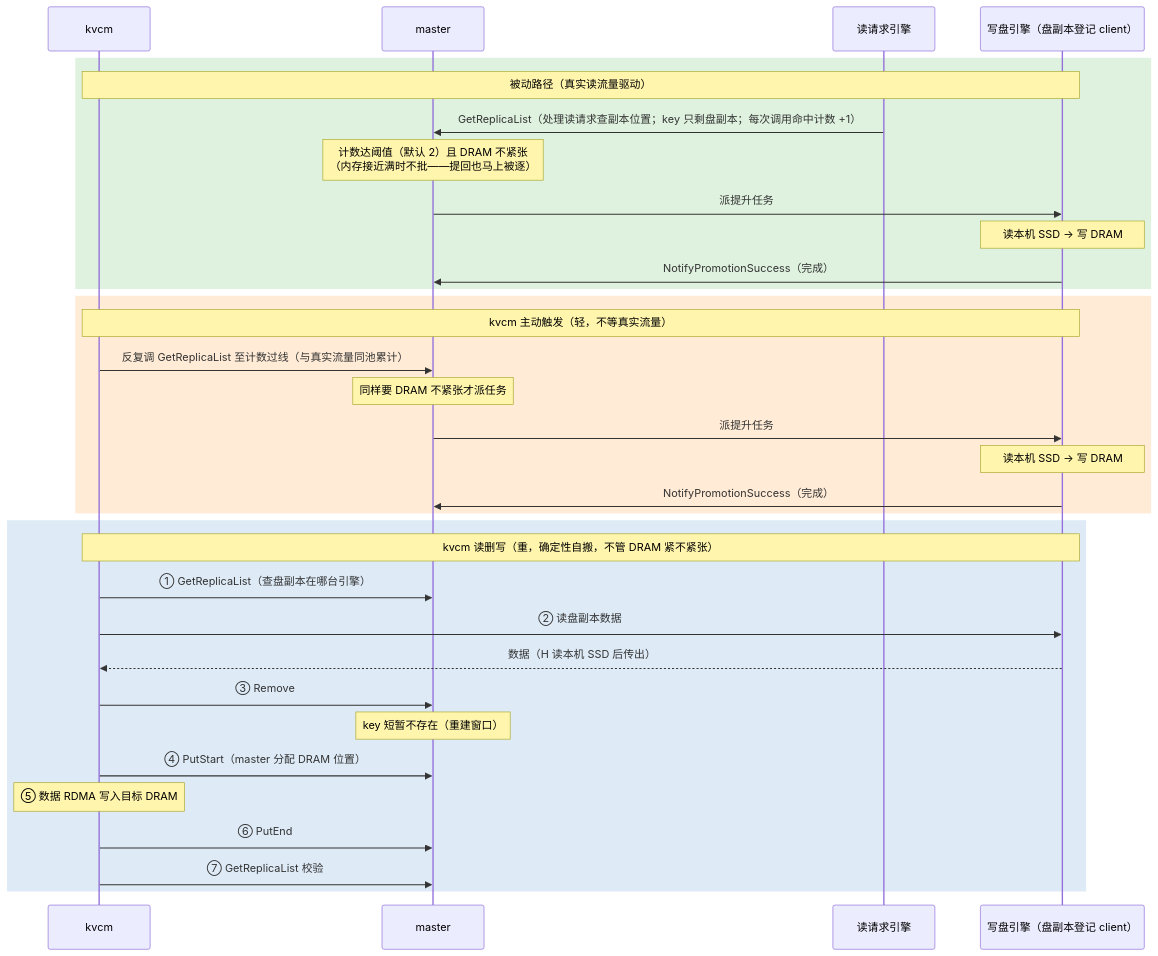
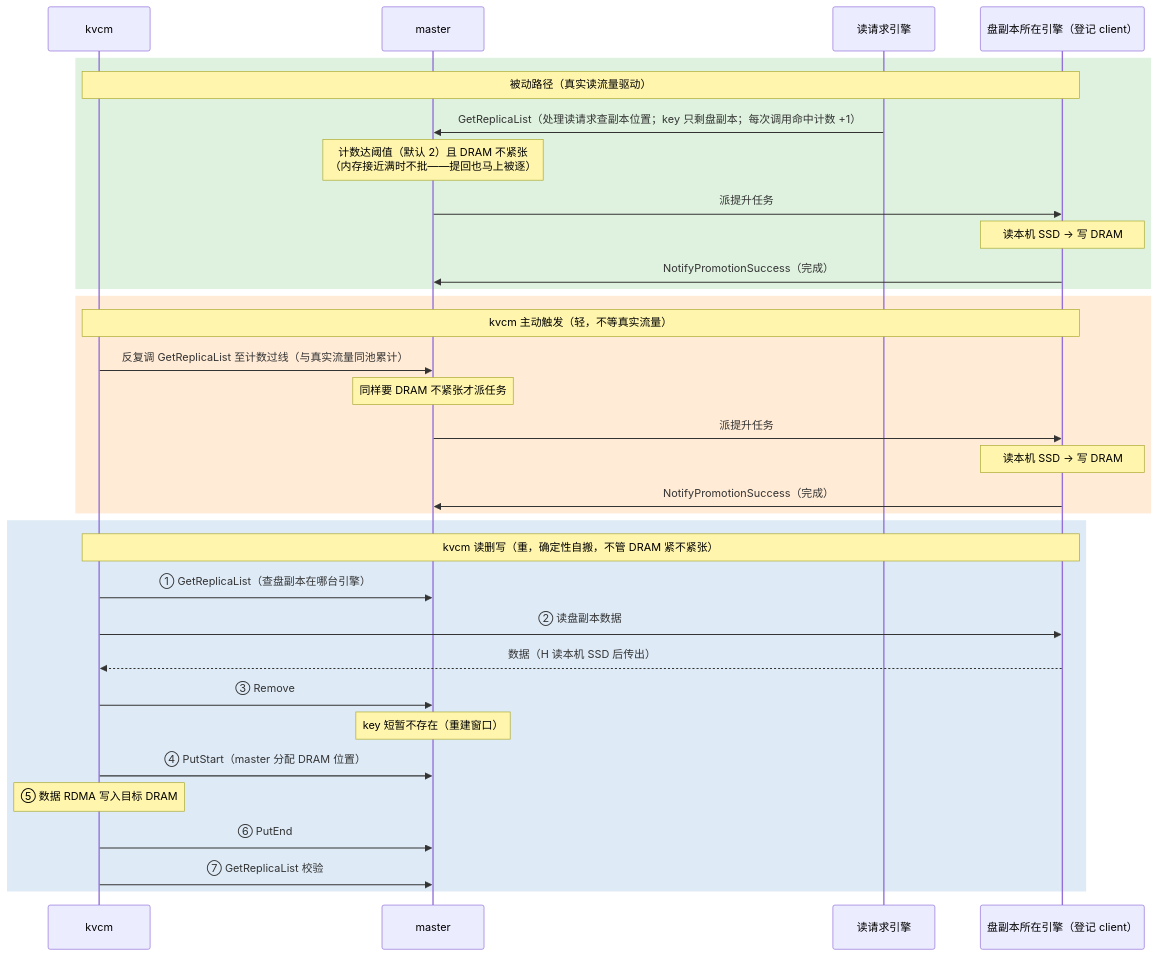
Before and after one commit to 5x8-40/lake: the eighth of 11 diagrams in kvcm/D2-kv-operations.md, drawn with Mermaid. The commit also changed other lines of this file and 2 other files, not shown here.

First line of the commit message:
docs(kvcm): 归属关系 mermaid 全图 + 复查修 7 处

````diff
--- a/kvcm/D2-kv-operations.md
+++ b/kvcm/D2-kv-operations.md
@@ -549,38 +587,38 @@
 ```mermaid
 sequenceDiagram
     participant K as kvcm
     participant M as master
     participant R as 读请求引擎
-    participant H as 写盘引擎（盘副本登记 client）
+    participant H as 盘副本所在引擎（登记 client）
 
     rect rgb(223, 242, 223)
     Note over K,H: 被动路径（真实读流量驱动）
     R->>M: GetReplicaList（处理读请求查副本位置；key 只剩盘副本；每次调用命中计数 +1）
     Note over M: 计数达阈值（默认 2）且 DRAM 不紧张<br/>（内存接近满时不批——提回也马上被逐）
     M->>H: 派提升任务
     Note over H: 读本机 SSD → 写 DRAM
     H->>M: NotifyPromotionSuccess（完成）
     end
 
     rect rgb(255, 235, 214)
     Note over K,H: kvcm 主动触发（轻，不等真实流量）
     K->>M: 反复调 GetReplicaList 至计数过线（与真实流量同池累计）
     Note over M: 同样要 DRAM 不紧张才派任务
     M->>H: 派提升任务
     Note over H: 读本机 SSD → 写 DRAM
     H->>M: NotifyPromotionSuccess（完成）
     end
 
     rect rgb(222, 235, 247)
     Note over K,H: kvcm 读删写（重，确定性自搬，不管 DRAM 紧不紧张）
     K->>M: ① GetReplicaList（查盘副本在哪台引擎）
     K->>H: ② 读盘副本数据
     H-->>K: 数据（H 读本机 SSD 后传出）
     K->>M: ③ Remove
     Note over M: key 短暂不存在（重建窗口）
     K->>M: ④ PutStart（master 分配 DRAM 位置）
     Note over K: ⑤ 数据 RDMA 写入目标 DRAM
     K->>M: ⑥ PutEnd
     K->>M: ⑦ GetReplicaList 校验
     end
 ```
````
